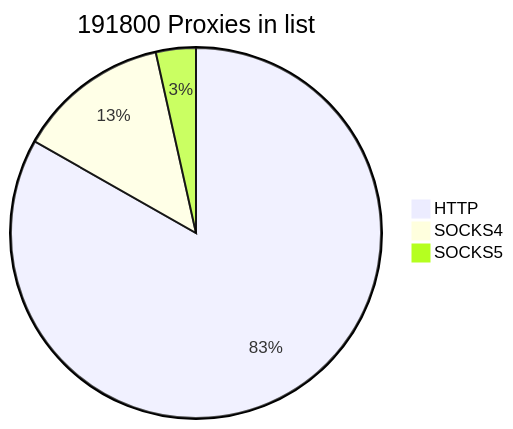
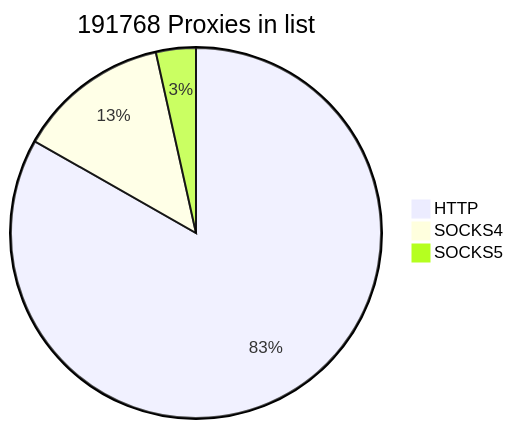
The first of 2 diagrams in README.md (cutipu/proxylist), drawn with Mermaid before and after one commit. The commit also changed other lines of this file, not shown here.

````diff
--- a/README.md
+++ b/README.md
@@ -2,7 +2,7 @@
 ```mermaid
-pie title 191800 Proxies in list
-    "HTTP" : 159622
-    "SOCKS4" : 25486
-    "SOCKS5" : 6692
+pie title 191768 Proxies in list
+    "HTTP" : 159615
+    "SOCKS4" : 25477
+    "SOCKS5" : 6676
             
 ```
````
